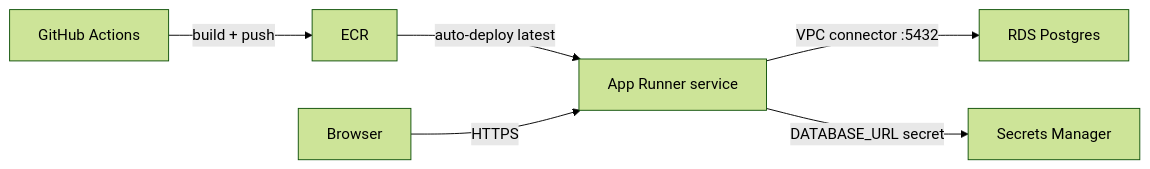
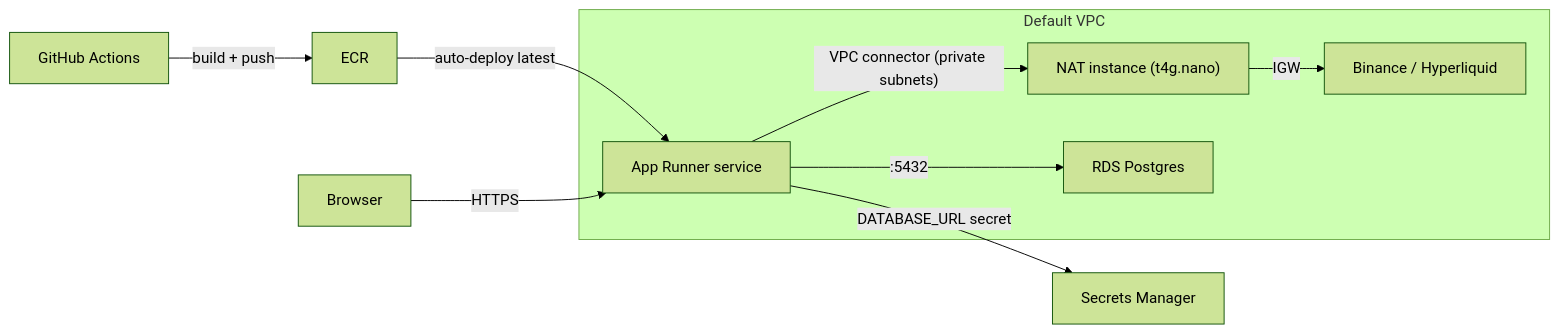
One commit to liyifan5923013/catalyst-backtester changed the diagram in deploy/README.md. Above: the diagram before and after it, drawn with Mermaid (forest theme). The commit also changed other lines of this file and 3 other files, not shown here.

First line of the commit message:
Add NAT instance egress + AZ/subnet fixes to AWS deploy

````diff
--- a/deploy/README.md
+++ b/deploy/README.md
@@ -8,8 +8,12 @@
 ```mermaid
 flowchart LR
   gha["GitHub Actions"] -->|"build + push"| ecr["ECR"]
   ecr -->|"auto-deploy latest"| ar["App Runner service"]
-  ar -->|"VPC connector :5432"| rds["RDS Postgres"]
   ar -->|"DATABASE_URL secret"| sm["Secrets Manager"]
   user["Browser"] -->|"HTTPS"| ar
+  subgraph vpc [Default VPC]
+    ar -->|"VPC connector (private subnets)"| nat["NAT instance (t4g.nano)"]
+    ar -->|":5432"| rds["RDS Postgres"]
+    nat -->|"IGW"| internet["Binance / Hyperliquid"]
+  end
 ```
````
